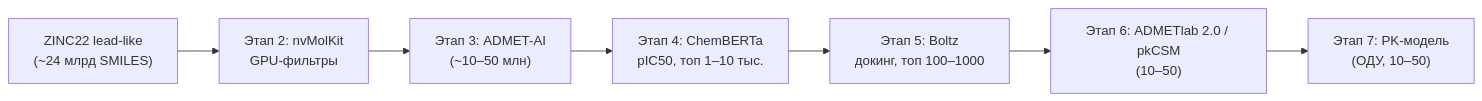
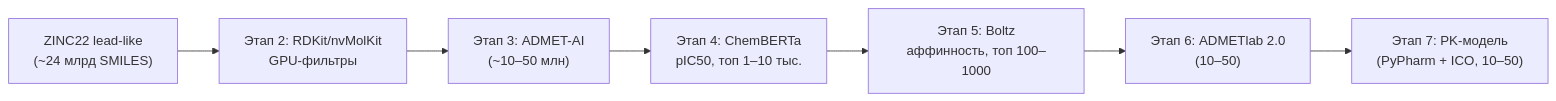
The diagram in README.md (Krash13/PharmProject), drawn with Mermaid before and after one commit. The commit also changed other lines of this file and 5 other files, not shown here.

````diff
--- a/README.md
+++ b/README.md
@@ -41,9 +41,9 @@
 ```mermaid
 flowchart LR
-    A["ZINC22 lead-like<br/>(~24 млрд SMILES)"] --> B["Этап 2: nvMolKit<br/>GPU-фильтры"]
+    A["ZINC22 lead-like<br/>(~24 млрд SMILES)"] --> B["Этап 2: RDKit/nvMolKit<br/>GPU-фильтры"]
     B --> C["Этап 3: ADMET-AI<br/>(~10–50 млн)"]
     C --> D["Этап 4: ChemBERTa<br/>pIC50, топ 1–10 тыс."]
-    D --> E["Этап 5: Boltz<br/>докинг, топ 100–1000"]
-    E --> F["Этап 6: ADMETlab 2.0 / pkCSM<br/>(10–50)"]
-    F --> G["Этап 7: PK-модель<br/>(ОДУ, 10–50)"]
+    D --> E["Этап 5: Boltz<br/>аффинность, топ 100–1000"]
+    E --> F["Этап 6: ADMETlab 2.0<br/>(10–50)"]
+    F --> G["Этап 7: PK-модель<br/>(PyPharm + ICO, 10–50)"]
 ```
````
